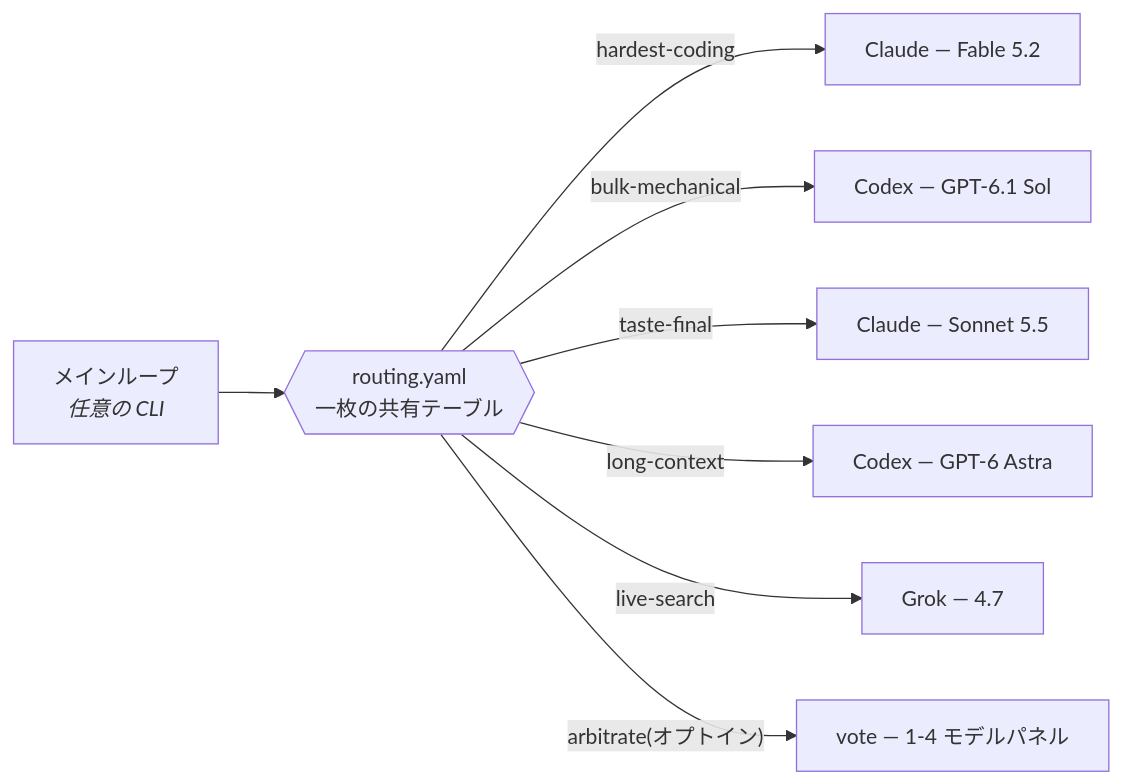
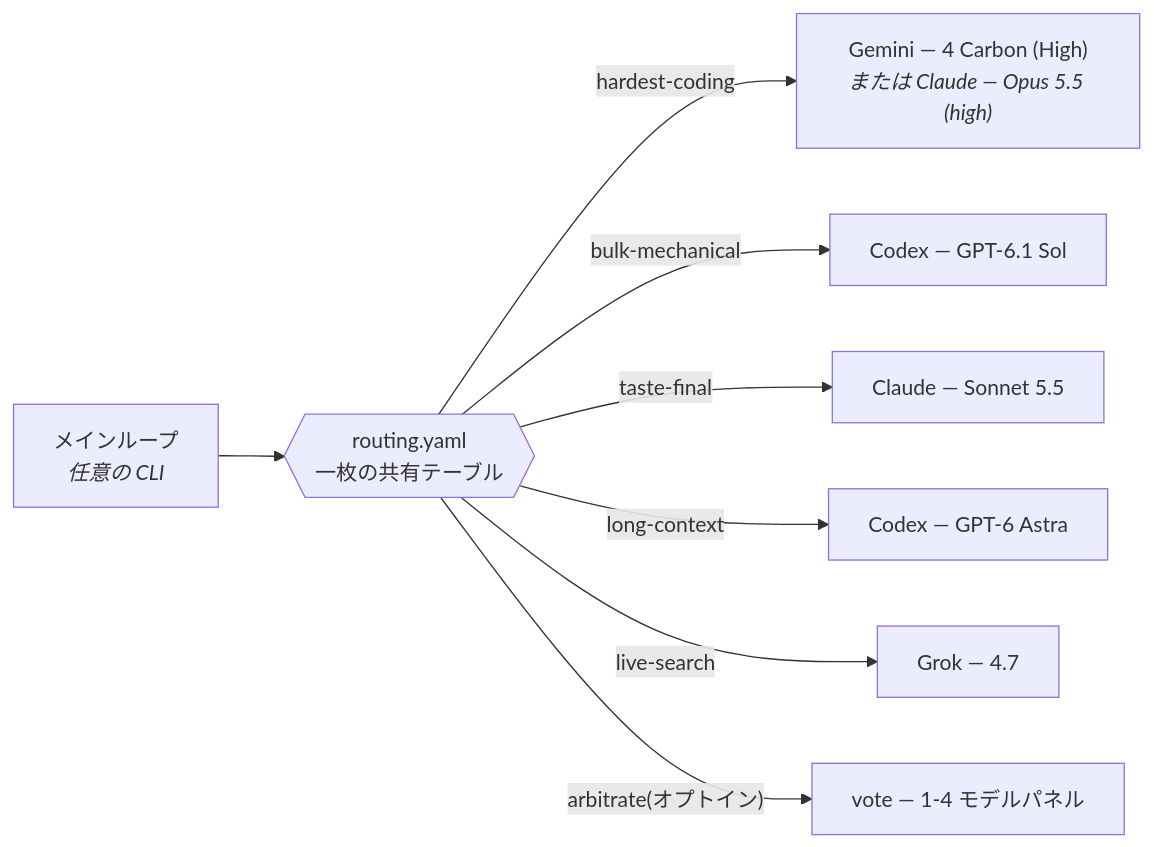
The diagram in README.ja.md (Seraphim0916/omnilane), drawn with Mermaid before and after one commit. The commit also changed other lines of this file and 41 other files, not shown here.

````diff
--- a/README.ja.md
+++ b/README.ja.md
@@ -814,10 +816,10 @@
 ```mermaid
 flowchart LR
     M["メインループ<br/><i>任意の CLI</i>"] --> T{{"routing.yaml<br/>一枚の共有テーブル"}}
-    T -->|hardest-coding| C1["Claude — Fable 5.2"]
+    T -->|hardest-coding| C1["Gemini — 4 Carbon (High)<br/><i>または Claude — Opus 5.5 (high)</i>"]
     T -->|bulk-mechanical| C2["Codex — GPT-6.1 Sol"]
     T -->|taste-final| C3["Claude — Sonnet 5.5"]
     T -->|long-context| C4["Codex — GPT-6 Astra"]
     T -->|live-search| C5["Grok — 4.7"]
     T -->|"arbitrate(オプトイン)"| C6["vote — 1-4 モデルパネル"]
 ```
````
